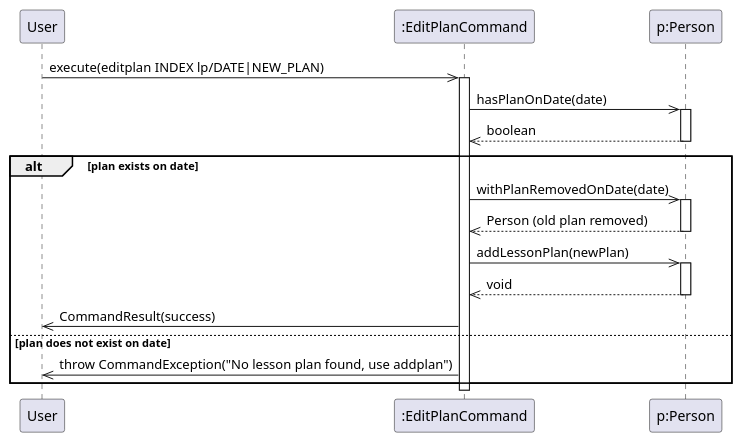
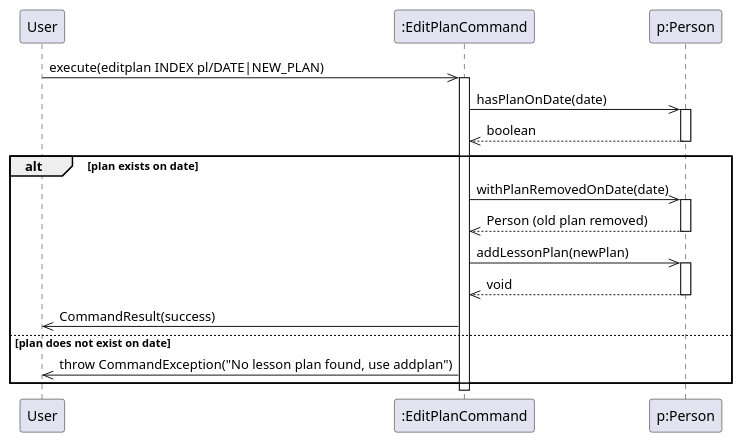
One commit to Cheeden/tp changed the diagram in docs/diagrams/EditLessonPlanSequenceDiagram.puml. Above: the diagram before and after it, drawn with PlantUML. The commit also changed 3 other files, not shown here.

```diff
--- a/docs/diagrams/EditLessonPlanSequenceDiagram.puml
+++ b/docs/diagrams/EditLessonPlanSequenceDiagram.puml
@@ -1,31 +1,31 @@
 @startuml
 participant User
 participant ":EditPlanCommand"
 participant "p:Person"
 
-User ->> ":EditPlanCommand": execute(editplan INDEX lp/DATE|NEW_PLAN)
+User ->> ":EditPlanCommand": execute(editplan INDEX pl/DATE|NEW_PLAN)
 activate ":EditPlanCommand"
 
 ":EditPlanCommand" ->> "p:Person": hasPlanOnDate(date)
 activate "p:Person"
 "p:Person" -->> ":EditPlanCommand": boolean
 deactivate "p:Person"
 
 alt plan exists on date
     ":EditPlanCommand" ->> "p:Person": withPlanRemovedOnDate(date)
     activate "p:Person"
     "p:Person" -->> ":EditPlanCommand": Person (old plan removed)
     deactivate "p:Person"
 
     ":EditPlanCommand" ->> "p:Person": addLessonPlan(newPlan)
     activate "p:Person"
     "p:Person" -->> ":EditPlanCommand": void
     deactivate "p:Person"
 
     ":EditPlanCommand" ->> User: CommandResult(success)
 else plan does not exist on date
     ":EditPlanCommand" ->> User: throw CommandException("No lesson plan found, use addplan")
 end
 
 deactivate ":EditPlanCommand"
 @enduml
```
